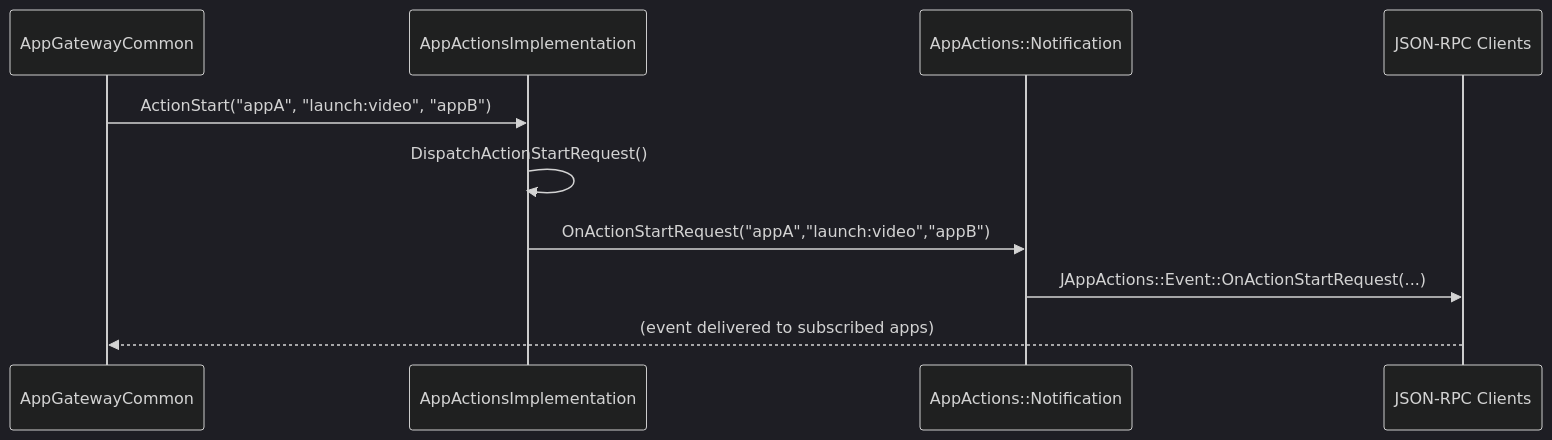
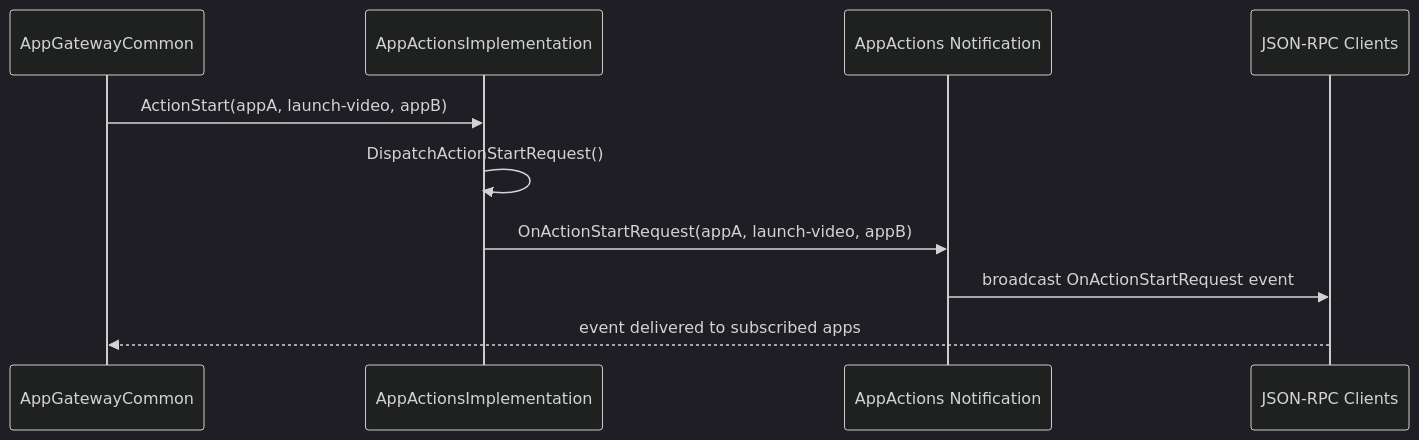
One commit to rdkcentral/entservices-appgateway changed the third of 4 diagrams in AppActions/AppActions.md. Above: the diagram before and after it, drawn with Mermaid (dark theme). The commit also changed other lines of this file and 3 other files, not shown here.

````diff
--- a/AppActions/AppActions.md
+++ b/AppActions/AppActions.md
@@ -348,13 +348,13 @@
 ```mermaid
 sequenceDiagram
     participant AGC as AppGatewayCommon
     participant AI as AppActionsImplementation
-    participant AN as AppActions::Notification
+    participant AN as AppActions Notification
     participant RPC as JSON-RPC Clients
 
-    AGC->>AI: ActionStart("appA", "launch:video", "appB")
+    AGC->>AI: ActionStart(appA, launch-video, appB)
     AI->>AI: DispatchActionStartRequest()
-    AI->>AN: OnActionStartRequest("appA","launch:video","appB")
-    AN->>RPC: JAppActions::Event::OnActionStartRequest(...)
-    RPC-->>AGC: (event delivered to subscribed apps)
+    AI->>AN: OnActionStartRequest(appA, launch-video, appB)
+    AN->>RPC: broadcast OnActionStartRequest event
+    RPC-->>AGC: event delivered to subscribed apps
 ```
````
